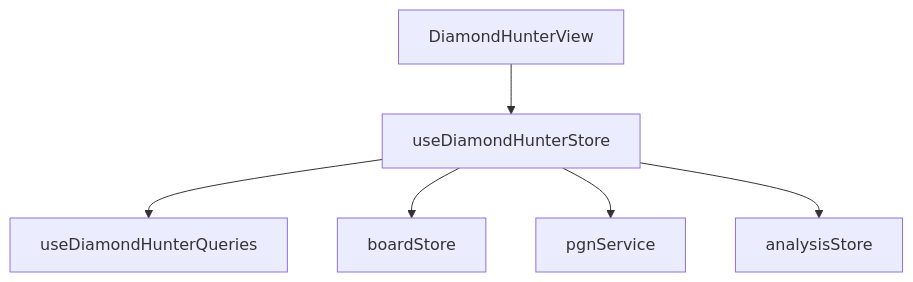
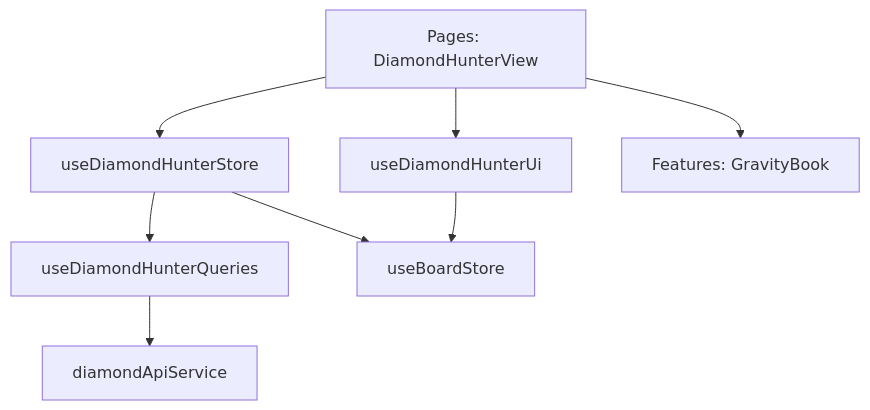
One commit to ImMoSer/Chessboard.fun changed the diagram in game_logics/06_diamond-hunter.md. Above: the diagram before and after it, drawn with Mermaid. The commit also changed other lines of this file and 6 other files, not shown here.

````diff
--- a/game_logics/06_diamond-hunter.md
+++ b/game_logics/06_diamond-hunter.md
@@ -62,8 +56,13 @@
 ```mermaid
 graph TD
-    DiamondHunterView --> useDiamondHunterStore
+    DiamondHunterPage[Pages: DiamondHunterView] --> useDiamondHunterStore
+    DiamondHunterPage --> useDiamondHunterUi
+    DiamondHunterPage --> GravityBook[Features: GravityBook]
+    
     useDiamondHunterStore --> useDiamondHunterQueries
-    useDiamondHunterStore --> boardStore
-    useDiamondHunterStore --> pgnService
-    useDiamondHunterStore --> analysisStore
+    useDiamondHunterStore --> useBoardStore
+    
+    useDiamondHunterUi --> useBoardStore
+    
+    useDiamondHunterQueries --> diamondApiService
 ```
````
